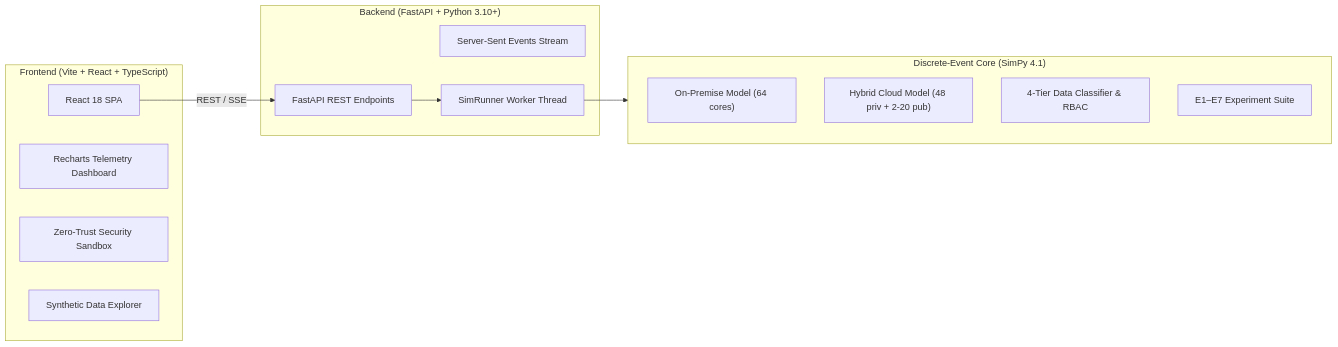
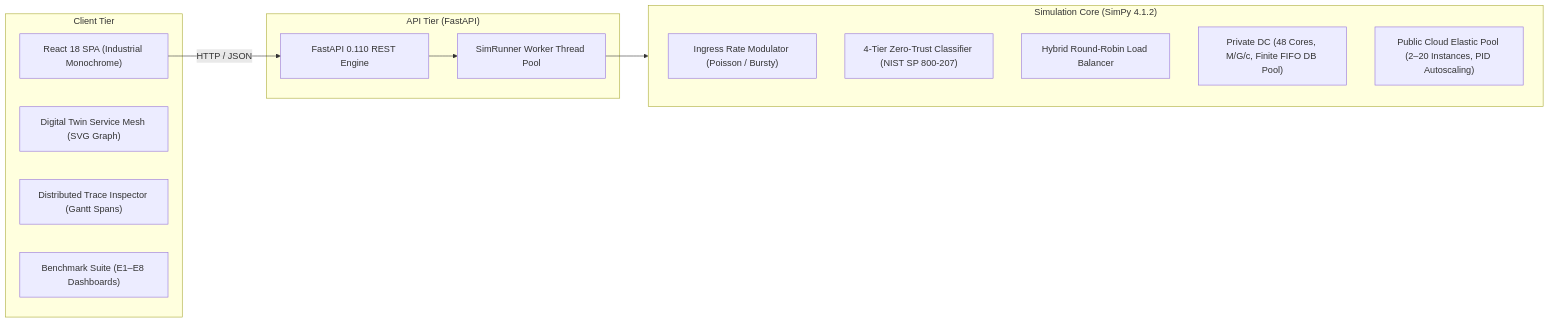
One commit to dhruv08varaiya/CC-Cipat changed the diagram in README.md. Above: the diagram before and after it, drawn with Mermaid. The commit also changed other lines of this file, not shown here.

````diff
--- a/README.md
+++ b/README.md
@@ -10,26 +11,26 @@
 ```mermaid
 flowchart LR
-    subgraph Frontend["Frontend (Vite + React + TypeScript)"]
-        UI["React 18 SPA"]
-        RC["Recharts Telemetry Dashboard"]
-        SB["Zero-Trust Security Sandbox"]
-        DE["Synthetic Data Explorer"]
+    subgraph Client["Client Tier"]
+        UI["React 18 SPA (Industrial Monochrome)"]
+        DT["Digital Twin Service Mesh (SVG Graph)"]
+        TR["Distributed Trace Inspector (Gantt Spans)"]
+        EXP["Benchmark Suite (E1–E8 Dashboards)"]
     end
 
-    subgraph Backend["Backend (FastAPI + Python 3.10+)"]
-        API["FastAPI REST Endpoints"]
-        SSE["Server-Sent Events Stream"]
-        SR["SimRunner Worker Thread"]
+    subgraph Server["API Tier (FastAPI)"]
+        API["FastAPI 0.110 REST Engine"]
+        SR["SimRunner Worker Thread Pool"]
     end
 
-    subgraph Simulation["Discrete-Event Core (SimPy 4.1)"]
-        OP["On-Premise Model (64 cores)"]
-        HC["Hybrid Cloud Model (48 priv + 2-20 pub)"]
-        SC["4-Tier Data Classifier & RBAC"]
-        EXP["E1–E7 Experiment Suite"]
+    subgraph Core["Simulation Core (SimPy 4.1.2)"]
+        ING["Ingress Rate Modulator (Poisson / Bursty)"]
+        SEC["4-Tier Zero-Trust Classifier (NIST SP 800-207)"]
+        ROU["Hybrid Round-Robin Load Balancer"]
+        PRI["Private DC (48 Cores, M/G/c, Finite FIFO DB Pool)"]
+        PUB["Public Cloud Elastic Pool (2–20 Instances, PID Autoscaling)"]
     end
 
-    UI -->|REST / SSE| API
+    UI -->|HTTP / JSON| API
     API --> SR
-    SR --> Simulation
+    SR --> Core
 ```
````
